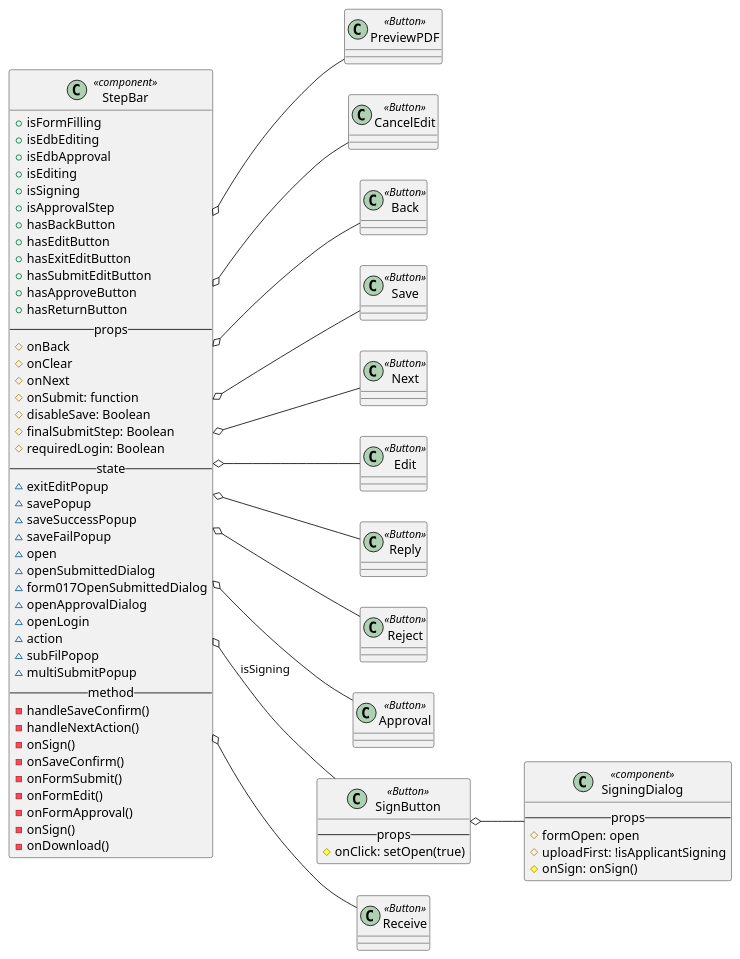
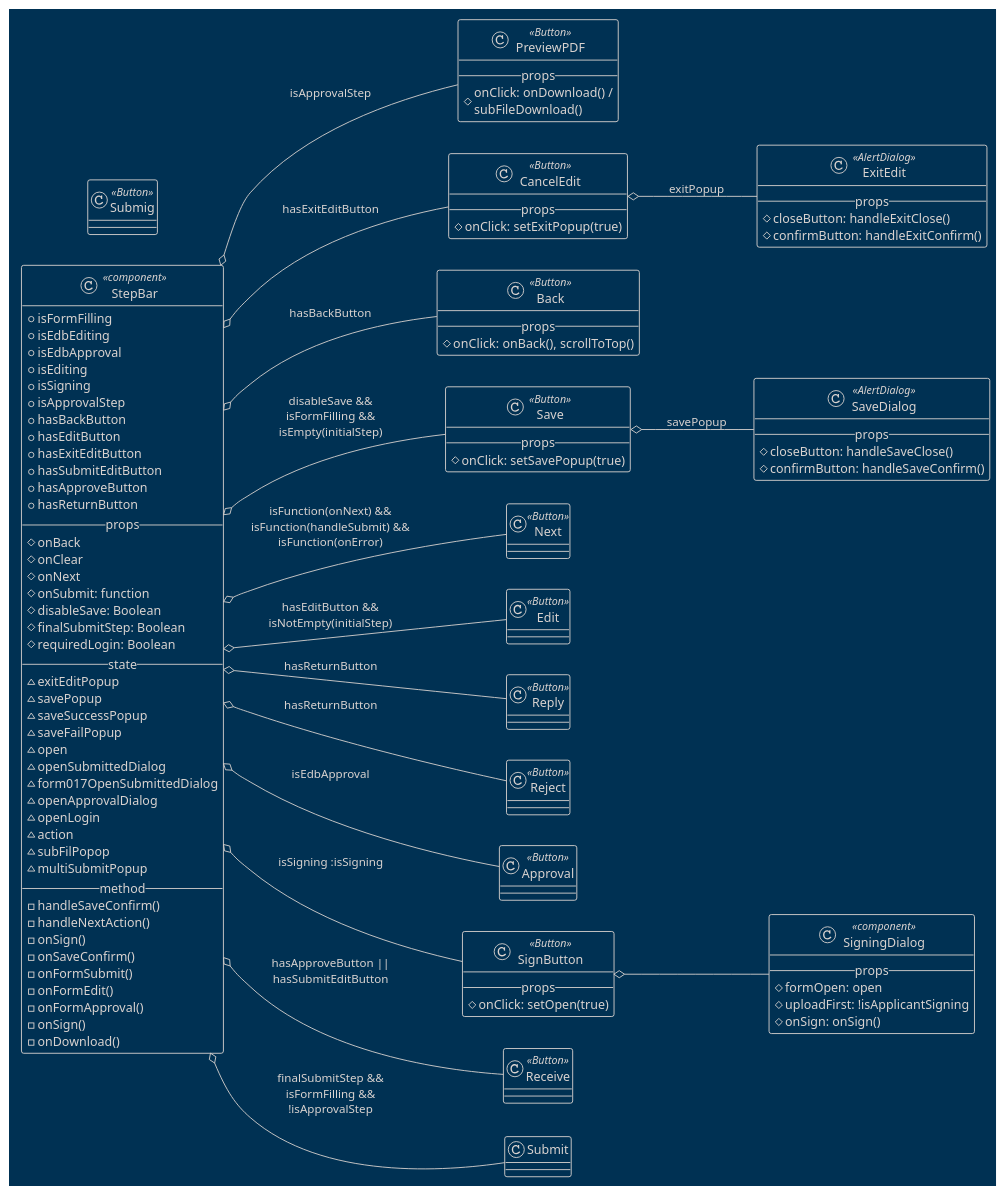
One commit to GaryChung34/plantUML changed the diagram in StepBarClass.puml. Above: the diagram before and after it, drawn with PlantUML.

Commit message:
uml update

```diff
--- a/StepBarClass.puml
+++ b/StepBarClass.puml
@@ -1,98 +1,125 @@
 @startuml
+!theme blueprint
 left to right direction
 
 class StepBar <<component>> {
   + isFormFilling
   + isEdbEditing
   + isEdbApproval
   + isEditing
   + isSigning
   + isApprovalStep
   + hasBackButton
   + hasEditButton
   + hasExitEditButton
   + hasSubmitEditButton
   + hasApproveButton
   + hasReturnButton
   '
   --props--
   # onBack
   # onClear
   # onNext
   # onSubmit: function
   # disableSave: Boolean
   # finalSubmitStep: Boolean
   # requiredLogin: Boolean
   '
   --state--
   ~ exitEditPopup
   ~ savePopup
   ~ saveSuccessPopup
   ~ saveFailPopup
   ~ open
   ~ openSubmittedDialog
   ~ form017OpenSubmittedDialog
   ~ openApprovalDialog
   ~ openLogin
   ~ action
   ~ subFilPopop
   ~ multiSubmitPopup
   '
   --method--
   - handleSaveConfirm()
   - handleNextAction()
   - onSign()
   - onSaveConfirm()
   - onFormSubmit()
   - onFormEdit()
   - onFormApproval()
   - onSign()
   - onDownload()
 }
 
 
 
 ' === Button ===
-class PreviewPDF <<Button>> {}
-class CancelEdit <<Button>> {}
-class Back <<Button>> {}
-class Save <<Button>> {}
+class PreviewPDF <<Button>> {
+    --props--
+    # onClick: onDownload() /\nsubFileDownload()
+}
+class CancelEdit <<Button>> {
+    --props--
+    # onClick: setExitPopup(true)
+}
+class Back <<Button>> {
+    --props--
+    # onClick: onBack(), scrollToTop()
+}
+class Save <<Button>> {
+    --props--
+    # onClick: setSavePopup(true)
+}
 class Next <<Button>> {}
+class Submig <<Button>> {}
 class Edit <<Button>> {}
 class Reply <<Button>> {}
 class Reject <<Button>> {}
 class Approval <<Button>> {}
 class SignButton <<Button>> {
 --props--
 # onClick: setOpen(true)
 }
 class Receive <<Button>> {}
 
 
 ' === Dialog ===
 class SigningDialog <<component>> {
---props--
-# formOpen: open
-# uploadFirst: !isApplicantSigning
-# onSign: onSign()
+    --props--
+    # formOpen: open
+    # uploadFirst: !isApplicantSigning
+    # onSign: onSign()
+}
+class ExitEdit <<AlertDialog>> {
+    --props--
+    # closeButton: handleExitClose()
+    # confirmButton: handleExitConfirm()
+}
+class SaveDialog <<AlertDialog>> {
+    --props--
+    # closeButton: handleSaveClose()
+    # confirmButton: handleSaveConfirm()
 }
 
 
 ' === Button display logic ===
-StepBar o-- PreviewPDF 
-StepBar o-- CancelEdit 
-StepBar o-- Back
-StepBar o-- Save
-StepBar o-- Next
-StepBar o-- Edit
-StepBar o-- Reply
-StepBar o-- Reject
-StepBar o-- Approval
-StepBar o-- SignButton :isSigning
-StepBar o-- Receive
+StepBar o-- PreviewPDF :isApprovalStep
+StepBar o-- CancelEdit :hasExitEditButton
+StepBar o-- Back :hasBackButton
+StepBar o-- Save :disableSave &&\nisFormFilling &&\nisEmpty(initialStep)
+StepBar o-- Next :isFunction(onNext) &&\nisFunction(handleSubmit) &&\nisFunction(onError)
+StepBar o-- Submit :finalSubmitStep &&\nisFormFilling &&\n!isApprovalStep
+StepBar o-- Edit :hasEditButton &&\nisNotEmpty(initialStep)
+StepBar o-- Reply :hasReturnButton
+StepBar o-- Reject :hasReturnButton
+StepBar o-- Approval :isEdbApproval
+StepBar o-- SignButton :isSigning :isSigning
+StepBar o-- Receive :hasApproveButton ||\nhasSubmitEditButton
 
 
 ' === Dialog display logic ===
 SignButton o-- SigningDialog 
+CancelEdit o-- ExitEdit :exitPopup
+Save o-- SaveDialog :savePopup
 
 @enduml
```
